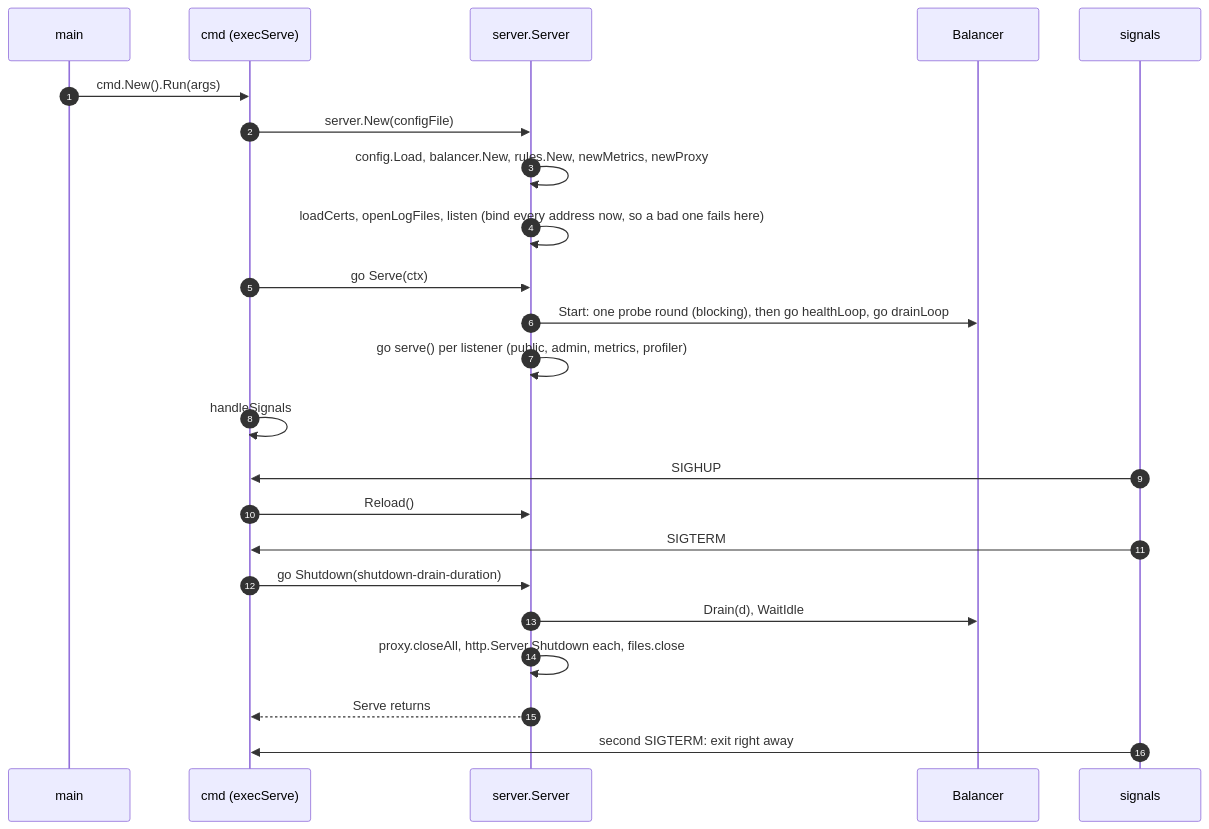
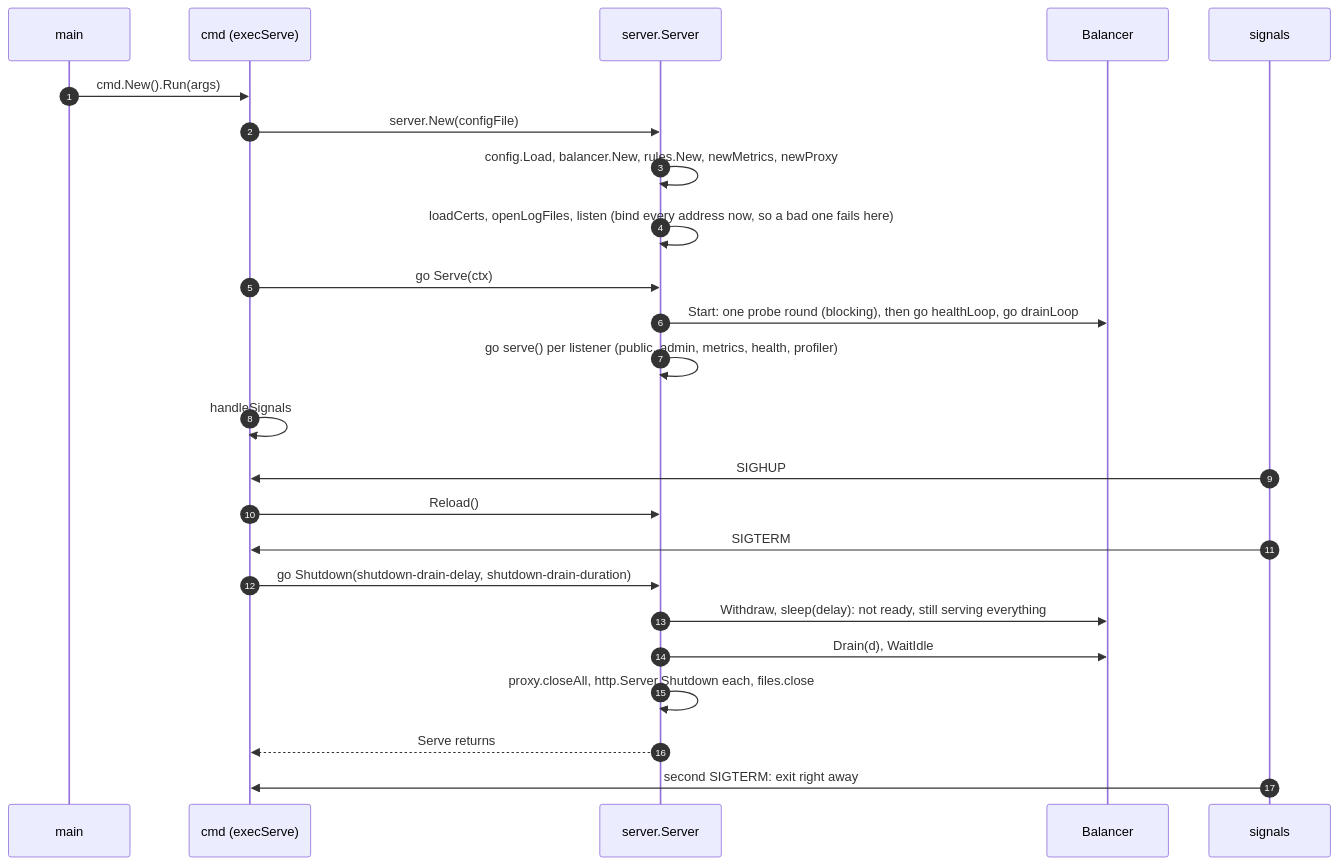
Before and after one commit to binwiederhier/ntlb: the fourth of 10 diagrams in docs/code.md, drawn with Mermaid. The commit also changed 30 other files, not shown here.

First line of the commit message:
Withdraw before the shutdown drain, add listen-health, drop the load balancer drain command

````diff
--- a/docs/code.md
+++ b/docs/code.md
@@ -221,25 +221,26 @@
 ```mermaid
 sequenceDiagram
     autonumber
     participant M as main
     participant C as cmd (execServe)
     participant S as server.Server
     participant B as Balancer
     participant OS as signals
     M->>C: cmd.New().Run(args)
     C->>S: server.New(configFile)
     S->>S: config.Load, balancer.New, rules.New, newMetrics, newProxy
     S->>S: loadCerts, openLogFiles, listen (bind every address now, so a bad one fails here)
     C->>S: go Serve(ctx)
     S->>B: Start: one probe round (blocking), then go healthLoop, go drainLoop
-    S->>S: go serve() per listener (public, admin, metrics, profiler)
+    S->>S: go serve() per listener (public, admin, metrics, health, profiler)
     C->>C: handleSignals
     OS->>C: SIGHUP
     C->>S: Reload()
     OS->>C: SIGTERM
-    C->>S: go Shutdown(shutdown-drain-duration)
+    C->>S: go Shutdown(shutdown-drain-delay, shutdown-drain-duration)
+    S->>B: Withdraw, sleep(delay): not ready, still serving everything
     S->>B: Drain(d), WaitIdle
     S->>S: proxy.closeAll, http.Server.Shutdown each, files.close
     S-->>C: Serve returns
     OS->>C: second SIGTERM: exit right away
 ```
````
